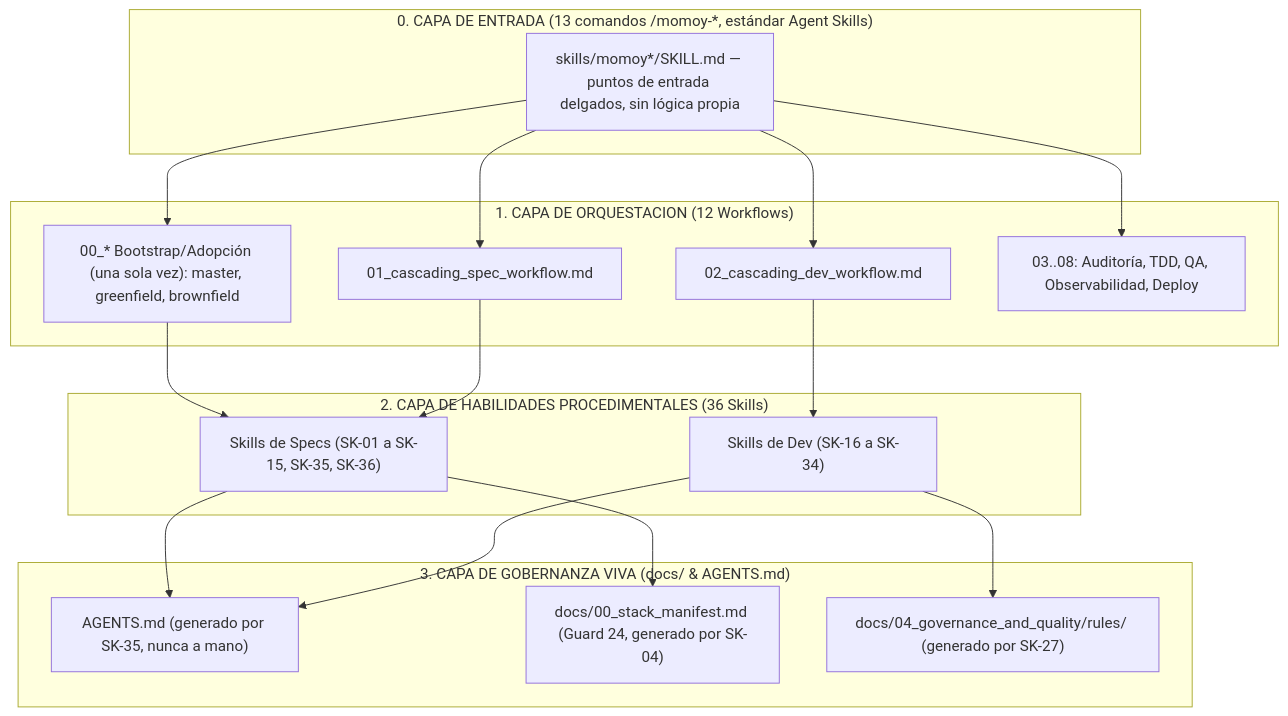
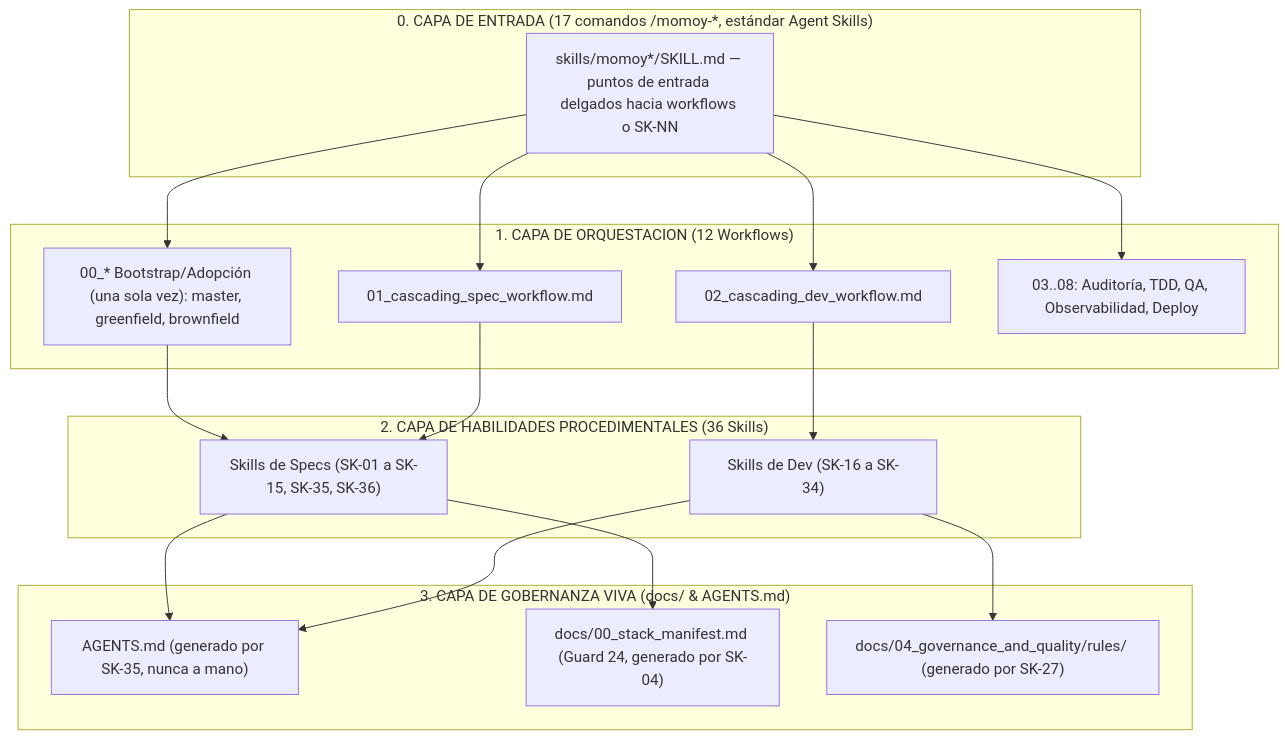
The diagram in .agents/README.md (lacruzjd/AI4Devs-finalproject), drawn with Mermaid before and after one commit. The commit also changed other lines of this file and 11 other files, not shown here.

````diff
--- a/.agents/README.md
+++ b/.agents/README.md
@@ -55,36 +55,36 @@
 ```mermaid
 flowchart TD
-    subgraph CAPA0 ["0. CAPA DE ENTRADA (13 comandos /momoy-*, estándar Agent Skills)"]
-        CMD["skills/momoy*/SKILL.md — puntos de entrada delgados, sin lógica propia"]
+    subgraph CAPA0 ["0. CAPA DE ENTRADA (17 comandos /momoy-*, estándar Agent Skills)"]
+        CMD["skills/momoy*/SKILL.md — puntos de entrada delgados hacia workflows o SK-NN"]
     end
 
     subgraph CAPA1 ["1. CAPA DE ORQUESTACION (12 Workflows)"]
         W00["00_* Bootstrap/Adopción (una sola vez): master, greenfield, brownfield"]
         W01["01_cascading_spec_workflow.md"]
         W02["02_cascading_dev_workflow.md"]
         W0X["03..08: Auditoría, TDD, QA, Observabilidad, Deploy"]
     end
 
     subgraph CAPA2 ["2. CAPA DE HABILIDADES PROCEDIMENTALES (36 Skills)"]
         S_Spec["Skills de Specs (SK-01 a SK-15, SK-35, SK-36)"]
         S_Dev["Skills de Dev (SK-16 a SK-34)"]
     end
 
     subgraph CAPA3 ["3. CAPA DE GOBERNANZA VIVA (docs/ & AGENTS.md)"]
         AGENTS["AGENTS.md (generado por SK-35, nunca a mano)"]
         StackManifest["docs/00_stack_manifest.md (Guard 24, generado por SK-04)"]
         Rules["docs/04_governance_and_quality/rules/ (generado por SK-27)"]
     end
 
     CMD --> W00
     CMD --> W01
     CMD --> W02
     CMD --> W0X
     W00 --> S_Spec
     W01 --> S_Spec
     W02 --> S_Dev
     S_Spec --> AGENTS
     S_Spec --> StackManifest
     S_Dev --> AGENTS
     S_Dev --> Rules
 ```
````
